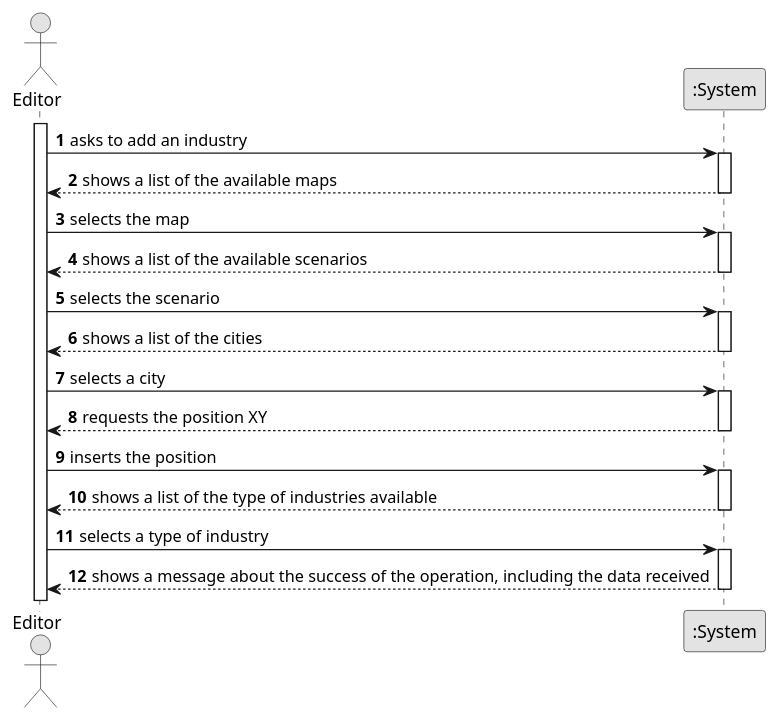
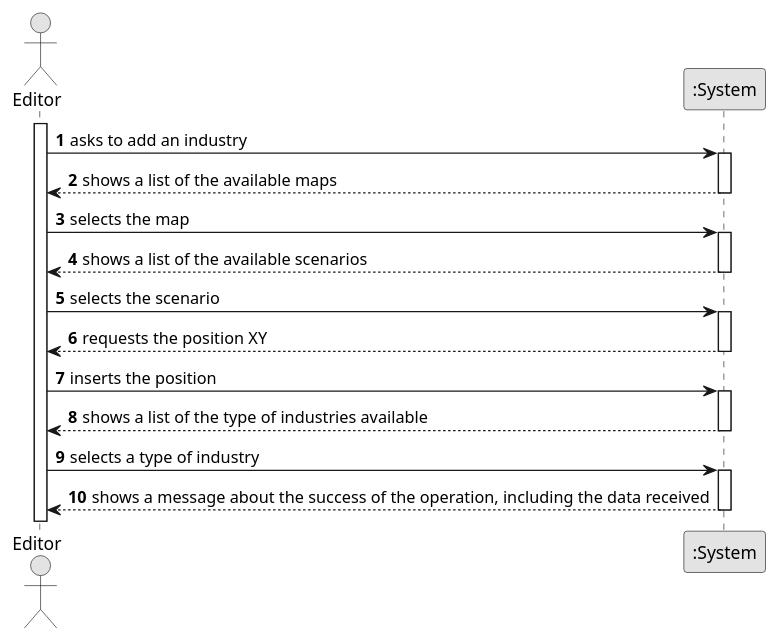
One commit to ivasduarte/all-aboard changed the diagram in docs/sprint2/us002/01.requirements-engineering/puml/us002-system-sequence-diagram.puml. Above: the diagram before and after it, drawn with PlantUML. The commit also changed 4 other files, not shown here.

```diff
--- a/docs/sprint2/us002/01.requirements-engineering/puml/us002-system-sequence-diagram.puml
+++ b/docs/sprint2/us002/01.requirements-engineering/puml/us002-system-sequence-diagram.puml
@@ -1,49 +1,43 @@
 @startuml
 skinparam monochrome true
 skinparam packageStyle rectangle
 skinparam shadowing false
 
 autonumber
 
 actor "Editor" as Editor
 participant ":System" as System
 
 activate Editor
 
     Editor -> System : asks to add an industry
     activate System
 
     System --> Editor : shows a list of the available maps
     deactivate System
 
     Editor -> System : selects the map
     activate System
 
     System --> Editor : shows a list of the available scenarios
     deactivate System
 
     Editor -> System : selects the scenario
     activate System
 
-    System --> Editor : shows a list of the cities
-    deactivate System
-
-    Editor -> System : selects a city
-    activate System
-
     System --> Editor : requests the position XY
     deactivate System
 
     Editor -> System : inserts the position
     activate System
 
     System --> Editor : shows a list of the type of industries available
     deactivate System
 
     Editor -> System : selects a type of industry
     activate System
 
     System --> Editor : shows a message about the success of the operation, including the data received
     deactivate System
 
 @enduml
```
